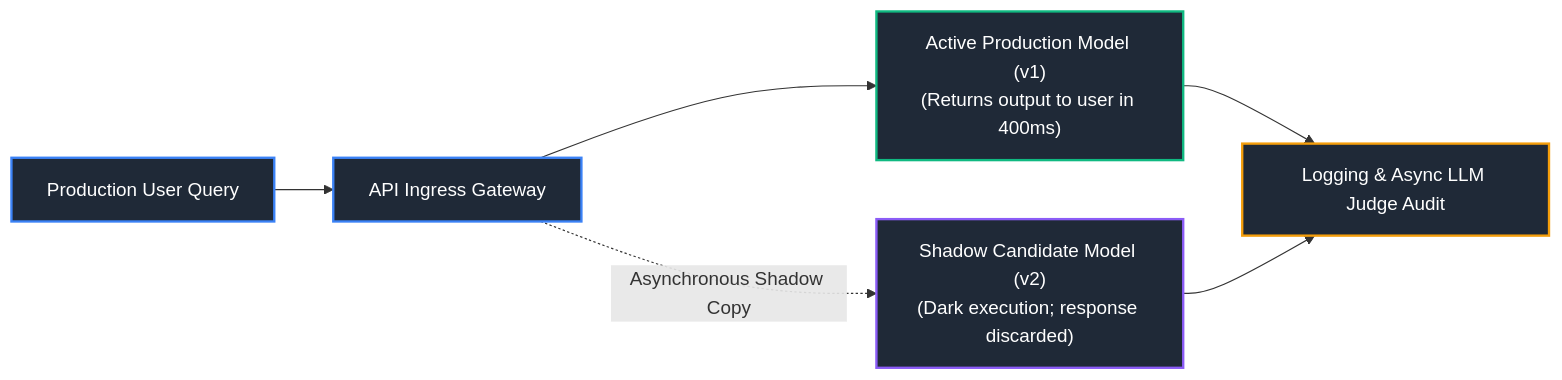
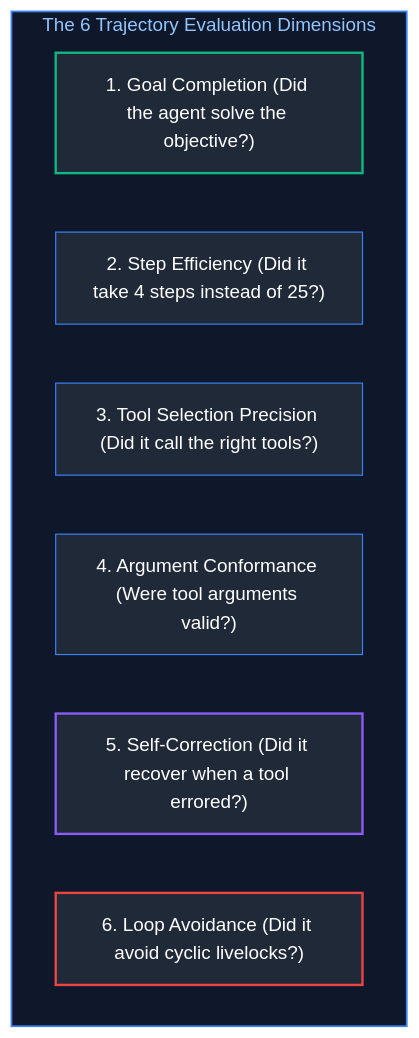
Before and after one commit to joydeep-biswas/Interview-Preparation: the ninth of 9 diagrams in AI Engineering/09_llm_evaluation_testing_and_benchmarking.md, drawn with Mermaid. The commit also changed other lines of this file and 143 other files, not shown here.

````diff
--- a/AI Engineering/09_llm_evaluation_testing_and_benchmarking.md
+++ b/AI Engineering/09_llm_evaluation_testing_and_benchmarking.md
@@ -337,14 +485,19 @@
 ```mermaid
-flowchart LR
-    UserReq["Production User Query"] --> IngressGateway["API Ingress Gateway"]
-    IngressGateway --> LiveModel["Active Production Model (v1)<br/>(Returns output to user in 400ms)"]
-    IngressGateway -.->|"Asynchronous Shadow Copy"| ShadowModel["Shadow Candidate Model (v2)<br/>(Dark execution; response discarded)"]
-    LiveModel --> OutputStore["Logging & Async LLM Judge Audit"]
-    ShadowModel --> OutputStore
+flowchart TD
+    subgraph SixDimensions ["The 6 Trajectory Evaluation Dimensions"]
+        D1["1. Goal Completion (Did the agent solve the objective?)"]
+        D2["2. Step Efficiency (Did it take 4 steps instead of 25?)"]
+        D3["3. Tool Selection Precision (Did it call the right tools?)"]
+        D4["4. Argument Conformance (Were tool arguments valid?)"]
+        D5["5. Self-Correction (Did it recover when a tool errored?)"]
+        D6["6. Loop Avoidance (Did it avoid cyclic livelocks?)"]
+    end
 
-    style UserReq fill:#1f2937,stroke:#3b82f6,stroke-width:2px,color:#fff
-    style IngressGateway fill:#1f2937,stroke:#3b82f6,stroke-width:2px,color:#fff
-    style LiveModel fill:#1f2937,stroke:#10b981,stroke-width:2px,color:#fff
-    style ShadowModel fill:#1f2937,stroke:#8b5cf6,stroke-width:2px,color:#fff
-    style OutputStore fill:#1f2937,stroke:#f59e0b,stroke-width:2px,color:#fff
+    style SixDimensions fill:#0f172a,stroke:#3b82f6,stroke-width:1.5px,color:#93c5fd
+    style D1 fill:#1f2937,stroke:#10b981,stroke-width:2px,color:#fff
+    style D2 fill:#1f2937,stroke:#3b82f6,stroke-width:1px,color:#fff
+    style D3 fill:#1f2937,stroke:#3b82f6,stroke-width:1px,color:#fff
+    style D4 fill:#1f2937,stroke:#3b82f6,stroke-width:1px,color:#fff
+    style D5 fill:#1f2937,stroke:#8b5cf6,stroke-width:2px,color:#fff
+    style D6 fill:#1f2937,stroke:#ef4444,stroke-width:2px,color:#fff
 ```
````
